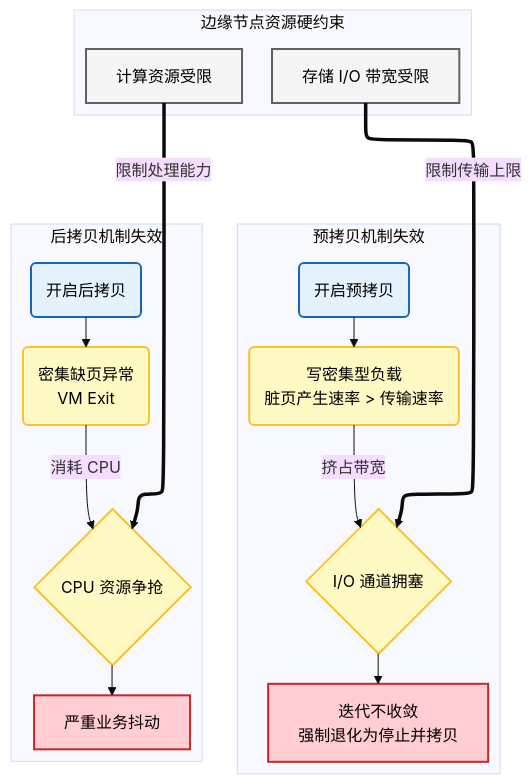
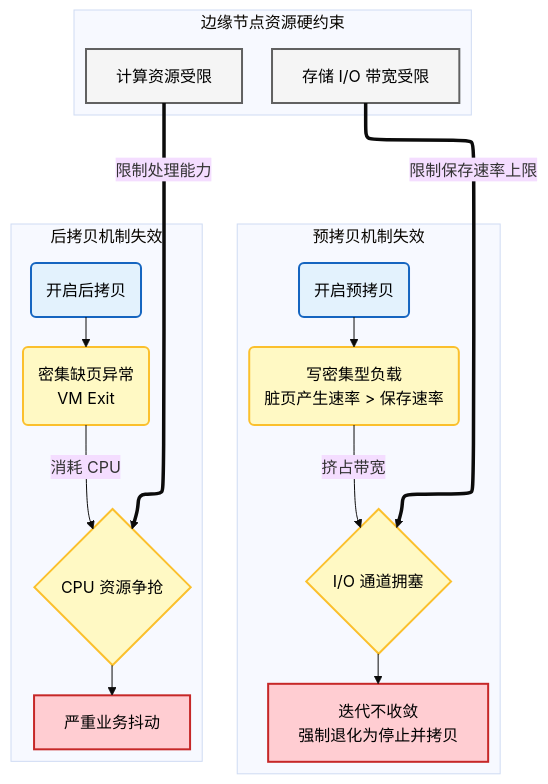
The diagram in figures/conflict.mmd (Soul-of-Sky/lunwen), drawn with Mermaid before and after one commit. The commit also changed 19 other files, not shown here.

```diff
--- a/figures/conflict.mmd
+++ b/figures/conflict.mmd
@@ -1,50 +1,50 @@
 %%{init: { "theme": "base", "flowchart": { "defaultRenderer": "elk" } } }%%
 graph TB
     %% --- 样式定义 ---
     classDef constraint fill:#f5f5f5,stroke:#616161,stroke-width:2px,color:#000;
     classDef mech fill:#e3f2fd,stroke:#1565c0,stroke-width:2px,color:#000;
     classDef conflict fill:#fff9c4,stroke:#fbc02d,stroke-width:2px,color:#000;
     classDef fail fill:#ffcdd2,stroke:#c62828,stroke-width:2px,color:#000;
 
     %% --- 顶部：边缘环境硬约束 ---
     subgraph Edge_Env [边缘节点资源硬约束]
         direction TB
         Constraint_IO[存储 I/O 带宽受限 ]:::constraint
         Constraint_CPU[计算资源受限 ]:::constraint
     end
 
     %% --- 左侧：预拷贝失效路径 ---
     subgraph PreCopy_Path [预拷贝机制失效]
         direction TB
         Pre_Start(开启预拷贝):::mech
-        Write_Load(写密集型负载 <br> 脏页产生速率 > 传输速率):::conflict
+        Write_Load(写密集型负载 <br> 脏页产生速率 > 保存速率):::conflict
         
         Congestion{I/O 通道拥塞}:::conflict
         Non_Converge[迭代不收敛 <br> 强制退化为停止并拷贝]:::fail
         
         Pre_Start --> Write_Load
         Write_Load -- 挤占带宽 --> Congestion
         Congestion --> Non_Converge
     end
 
     %% --- 右侧：后拷贝失效路径 ---
     subgraph PostCopy_Path [后拷贝机制失效]
         direction TB
         Post_Start(开启后拷贝):::mech
         Page_Faults(密集缺页异常 <br> VM Exit):::conflict
         
         Contention{CPU 资源争抢 }:::conflict
         Jitter[严重业务抖动 <br> ]:::fail
 
         Post_Start --> Page_Faults
         Page_Faults -- 消耗 CPU --> Contention
         Contention --> Jitter
     end
 
     %% --- 跨层级连接：展示资源瓶颈 ---
-    Constraint_IO ==>|限制传输上限| Congestion
+    Constraint_IO ==>|限制保存速率上限| Congestion
     Constraint_CPU ==>|限制处理能力| Contention
 
     %% --- 视觉布局调整 ---
     %% 确保左右分开
     %% PreCopy_Path ~~~ PostCopy_Path
```
